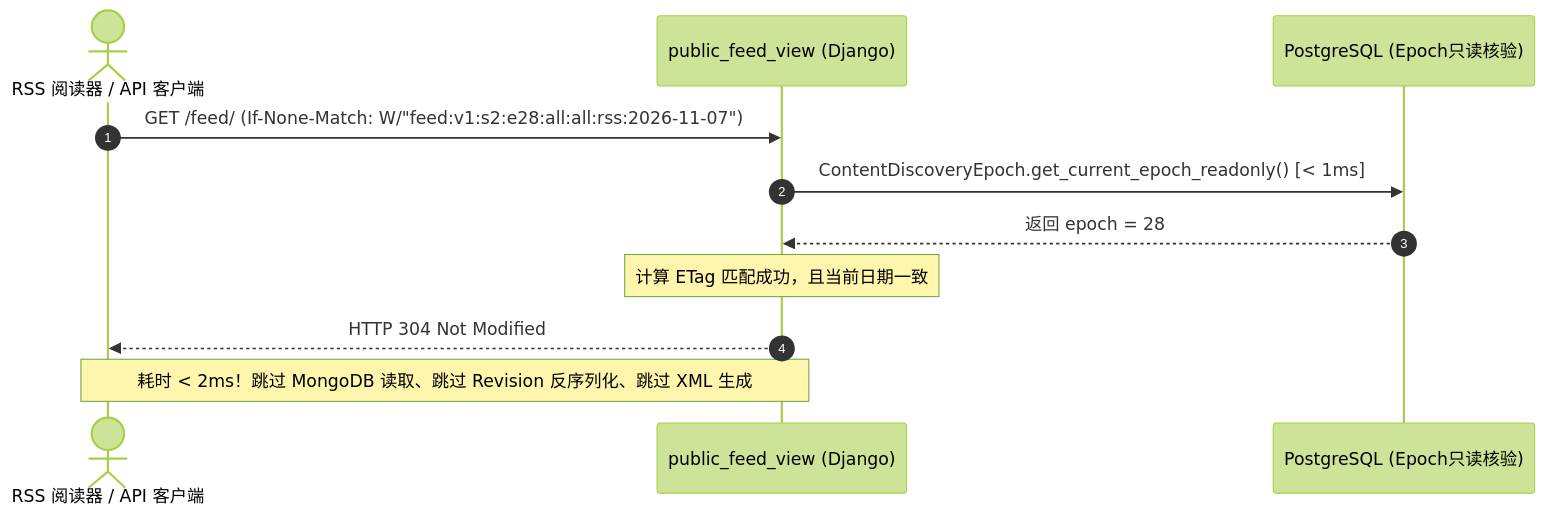
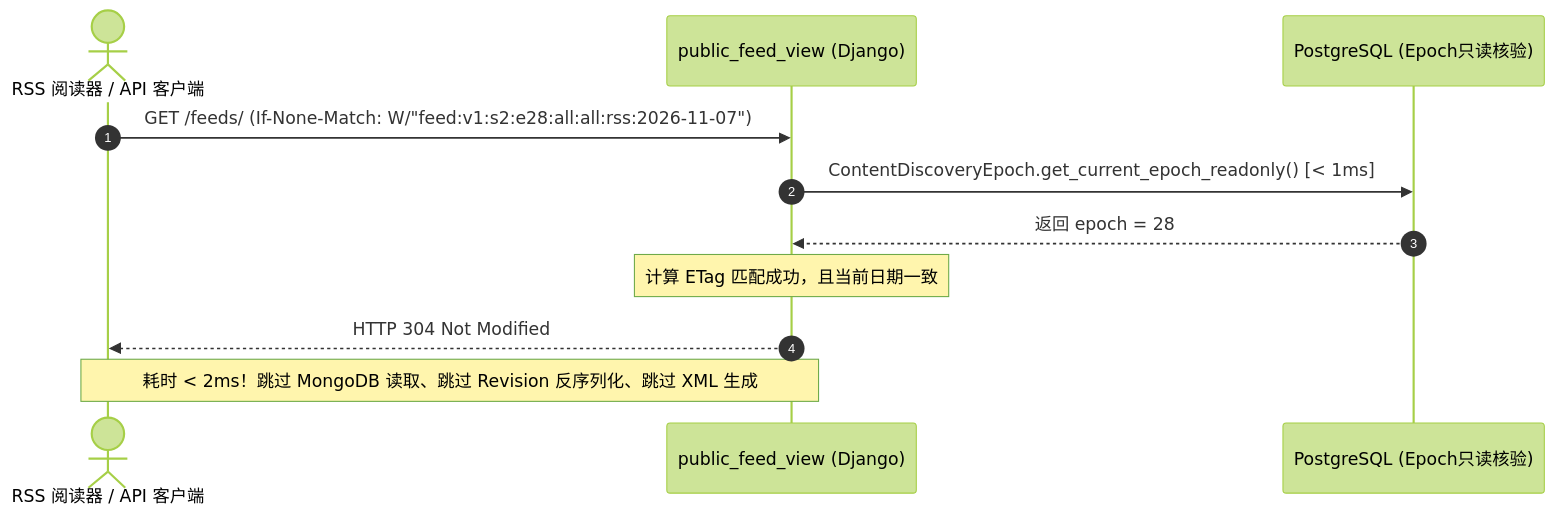
Before and after one commit to anc1996/myblog: the second of 2 diagrams in 说明书/myblog_全站订阅与时间线归档通用接口框架方案_2026-11-07.md, drawn with Mermaid (forest theme). The commit also changed other lines of this file and 34 other files, not shown here.

````diff
--- a/说明书/myblog_全站订阅与时间线归档通用接口框架方案_2026-11-07.md
+++ b/说明书/myblog_全站订阅与时间线归档通用接口框架方案_2026-11-07.md
@@ -114,14 +114,14 @@
 ```mermaid
 sequenceDiagram
     autonumber
     actor Client as RSS 阅读器 / API 客户端
     participant Django as public_feed_view (Django)
     participant PG as PostgreSQL (Epoch只读核验)
 
-    Client->>Django: GET /feed/ (If-None-Match: W/"feed:v1:s2:e28:all:all:rss:2026-11-07")
+    Client->>Django: GET /feeds/ (If-None-Match: W/"feed:v1:s2:e28:all:all:rss:2026-11-07")
     Django->>PG: ContentDiscoveryEpoch.get_current_epoch_readonly() [< 1ms]
     PG-->>Django: 返回 epoch = 28
     Note over Django: 计算 ETag 匹配成功，且当前日期一致
     Django-->>Client: HTTP 304 Not Modified
     Note over Client,Django: 耗时 < 2ms！跳过 MongoDB 读取、跳过 Revision 反序列化、跳过 XML 生成
 ```
````
